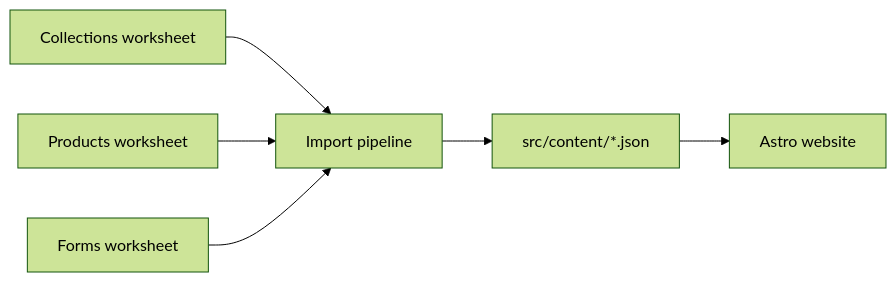
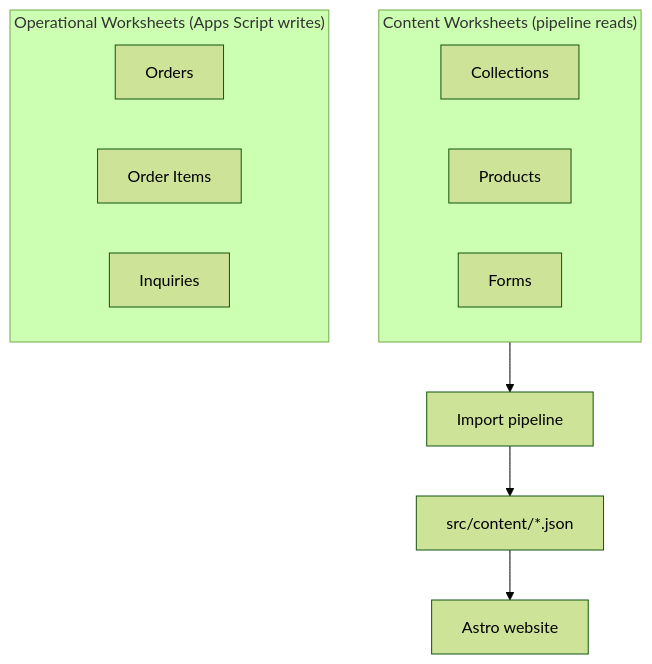
The first of 2 diagrams in docs/GOOGLE_SHEET_SCHEMA.md (Haplo66/ripple-bakes-makes), drawn with Mermaid (forest theme) before and after one commit. The commit also changed other lines of this file and 4 other files, not shown here.

````diff
--- a/docs/GOOGLE_SHEET_SCHEMA.md
+++ b/docs/GOOGLE_SHEET_SCHEMA.md
@@ -23,8 +24,17 @@
 ```mermaid
-flowchart LR
-  collections["Collections worksheet"] --> pipeline["Import pipeline"]
-  products["Products worksheet"] --> pipeline
-  forms["Forms worksheet"] --> pipeline
+flowchart TD
+  subgraph content["Content Worksheets (pipeline reads)"]
+    collections["Collections"]
+    products["Products"]
+    forms["Forms"]
+  end
+  subgraph operational["Operational Worksheets (Apps Script writes)"]
+    orders["Orders"]
+    orderItems["Order Items"]
+    inquiries["Inquiries"]
+  end
+
+  content --> pipeline["Import pipeline"]
   pipeline --> json["src/content/*.json"]
   json --> website["Astro website"]
 ```
````
